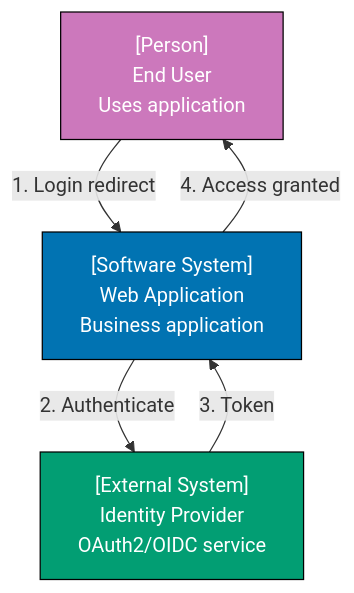
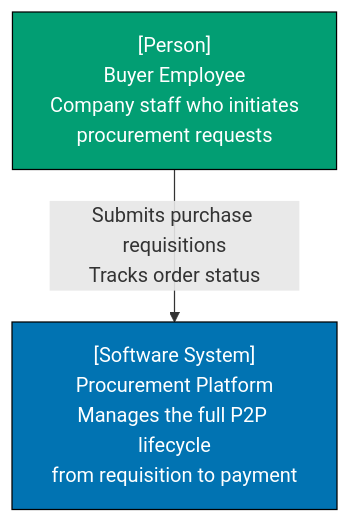
One commit to wahidyankf/open-sharia-enterprise changed the sixth of 30 diagrams in apps/ayokoding-web/content/en/learn/software-engineering/architecture/c4-architecture-model/by-example/beginner.md. Above: the diagram before and after it, drawn with Mermaid. The commit also changed other lines of this file and 38 other files, not shown here.

First line of the commit message:
docs(ayokoding-web): unify architecture tutorials on shared P2P domain

````diff
--- a/apps/ayokoding-web/content/en/learn/software-engineering/architecture/c4-architecture-model/by-example/beginner.md
+++ b/apps/ayokoding-web/content/en/learn/software-engineering/architecture/c4-architecture-model/by-example/beginner.md
@@ -155,16 +201,10 @@
 ```mermaid
 graph TD
-    User["[Person]<br/>End User<br/>Uses application"]
+    Buyer["[Person]<br/>Buyer Employee<br/>Company staff who initiates<br/>procurement requests"]
+    Platform["[Software System]<br/>Procurement Platform<br/>Manages the full P2P lifecycle<br/>from requisition to payment"]
 
-    App["[Software System]<br/>Web Application<br/>Business application"]
-    Auth["[External System]<br/>Identity Provider<br/>OAuth2/OIDC service"]
+    Buyer -->|"Submits purchase requisitions<br/>Tracks order status"| Platform
 
-    User -->|"1. Login redirect"| App
-    App -->|"2. Authenticate"| Auth
-    Auth -->|"3. Token"| App
-    App -->|"4. Access granted"| User
-
-    style User fill:#CC78BC,stroke:#000,color:#fff
-    style App fill:#0173B2,stroke:#000,color:#fff
-    style Auth fill:#029E73,stroke:#000,color:#fff
+    style Buyer fill:#029E73,stroke:#000,color:#fff
+    style Platform fill:#0173B2,stroke:#000,color:#fff
 ```
````
